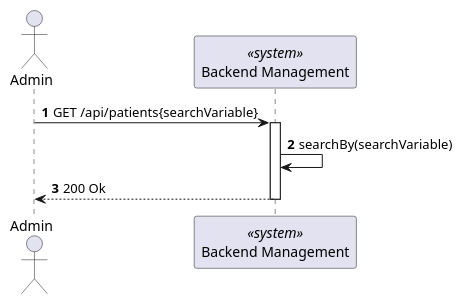
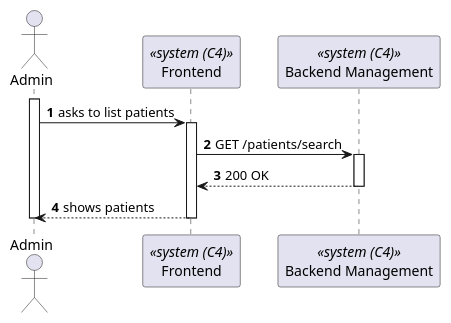
The diagram in docs/sprintB/PatientProfilesListing/views/level2/process-view.puml (Lapr5G21/sem5pi-24-25-3ddg21), drawn with PlantUML before and after one commit. The commit also changed 8 other files, not shown here.

```diff
--- a/docs/sprintB/PatientProfilesListing/views/level2/process-view.puml
+++ b/docs/sprintB/PatientProfilesListing/views/level2/process-view.puml
@@ -1,16 +1,24 @@
 @startuml PatientProfilesListing(level2)
 
 autonumber
-actor Admin as "Admin"
-participant SYS as "Backend Management" <<system>>
+actor "Admin" as Admin
+participant Frontend as "Frontend" <<system (C4)>>
+participant BackendManagement as "Backend Management" <<system (C4)>>
 
-Admin -> SYS : GET /api/patients{searchVariable}
-activate SYS
+activate Admin
 
-SYS -> SYS : searchBy(searchVariable)
+    Admin -> Frontend : asks to list patients
+    activate Frontend
 
-Admin <-- SYS : 200 Ok
-deactivate SYS
+        Frontend -> BackendManagement : GET /patients/search
+        activate BackendManagement
 
+        Frontend <-- BackendManagement : 200 OK
+        deactivate BackendManagement
+
+    Frontend --> Admin : shows patients
+    deactivate Frontend
+    
+deactivate Admin
 
 @enduml
```
